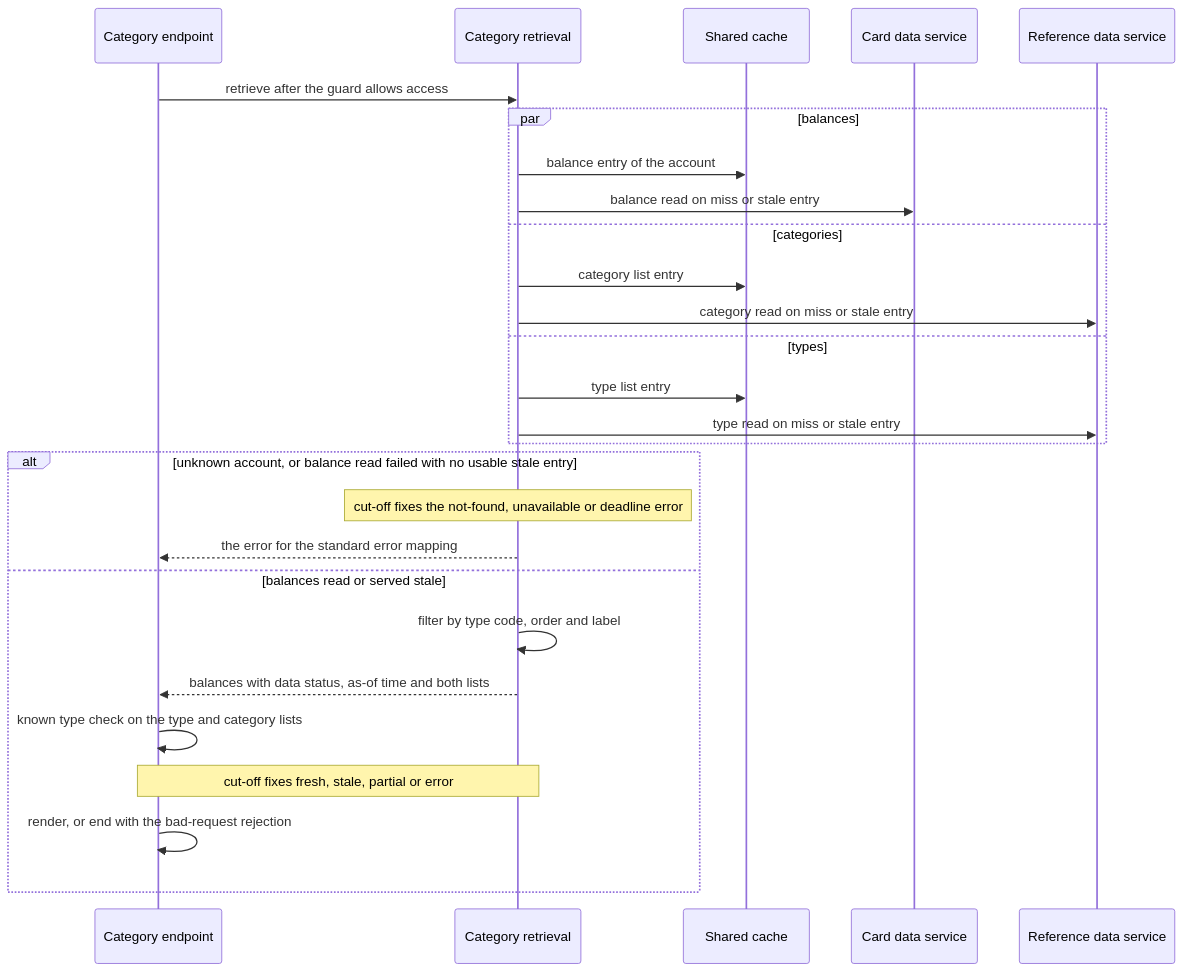
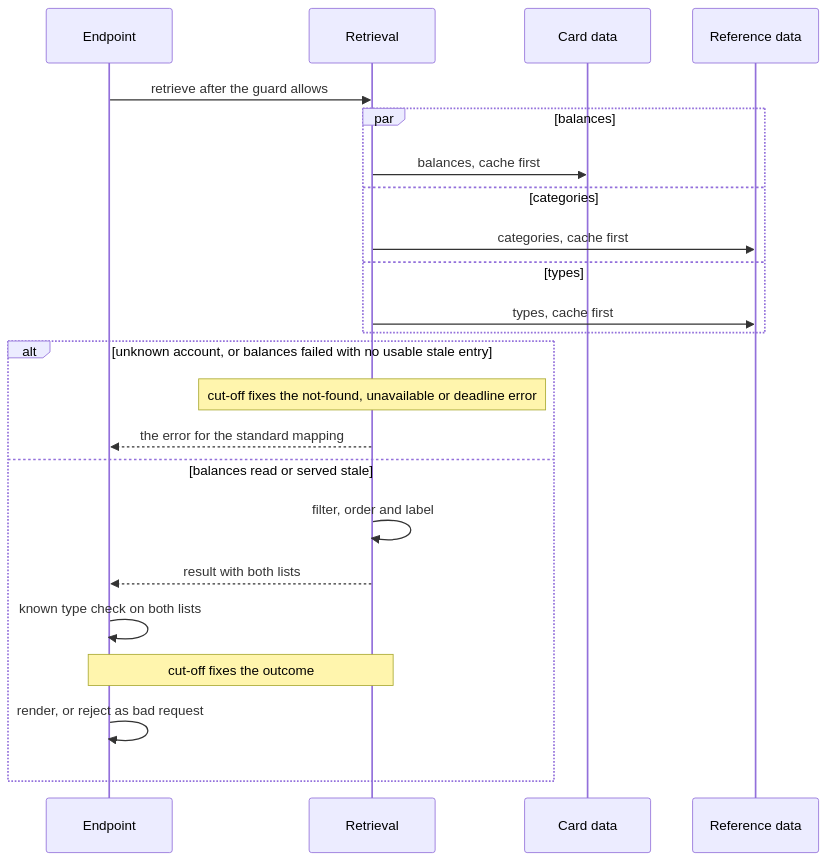
The diagram in docs/backlog/epics/CS-06-category-balances-endpoint/stories/CS-06-002-category-balance-retrieval-filter-and-degradation.md (blitzy-public-samples/aws-carddemo-blitzy), drawn with Mermaid before and after one commit. The commit also changed other lines of this file and 31 other files, not shown here.

````diff
--- a/docs/backlog/epics/CS-06-category-balances-endpoint/stories/CS-06-002-category-balance-retrieval-filter-and-degradation.md
+++ b/docs/backlog/epics/CS-06-category-balances-endpoint/stories/CS-06-002-category-balance-retrieval-filter-and-degradation.md
@@ -159,29 +159,25 @@
 ```mermaid
 sequenceDiagram
-    participant E as Category endpoint
-    participant S as Category retrieval
-    participant K as Shared cache
-    participant C as Card data service
-    participant R as Reference data service
-    E->>S: retrieve after the guard allows access
+    participant E as Endpoint
+    participant S as Retrieval
+    participant C as Card data
+    participant R as Reference data
+    E->>S: retrieve after the guard allows
     par balances
-        S->>K: balance entry of the account
-        S->>C: balance read on miss or stale entry
+        S->>C: balances, cache first
     and categories
-        S->>K: category list entry
-        S->>R: category read on miss or stale entry
+        S->>R: categories, cache first
     and types
-        S->>K: type list entry
-        S->>R: type read on miss or stale entry
+        S->>R: types, cache first
     end
-    alt unknown account, or balance read failed with no usable stale entry
+    alt unknown account, or balances failed with no usable stale entry
         Note over S: cut-off fixes the not-found, unavailable or deadline error
-        S-->>E: the error for the standard error mapping
+        S-->>E: the error for the standard mapping
     else balances read or served stale
-        S->>S: filter by type code, order and label
-        S-->>E: balances with data status, as-of time and both lists
-        E->>E: known type check on the type and category lists
-        Note over E,S: cut-off fixes fresh, stale, partial or error
-        E->>E: render, or end with the bad-request rejection
+        S->>S: filter, order and label
+        S-->>E: result with both lists
+        E->>E: known type check on both lists
+        Note over E,S: cut-off fixes the outcome
+        E->>E: render, or reject as bad request
     end
 ```
````
